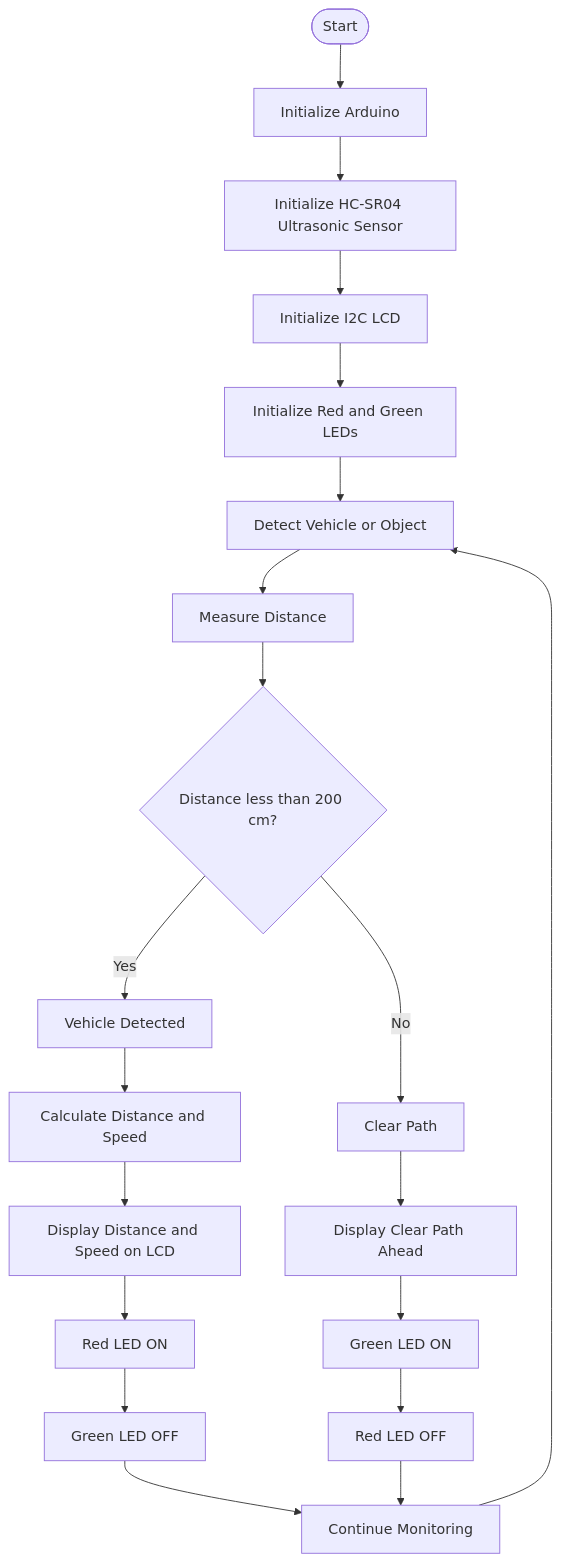
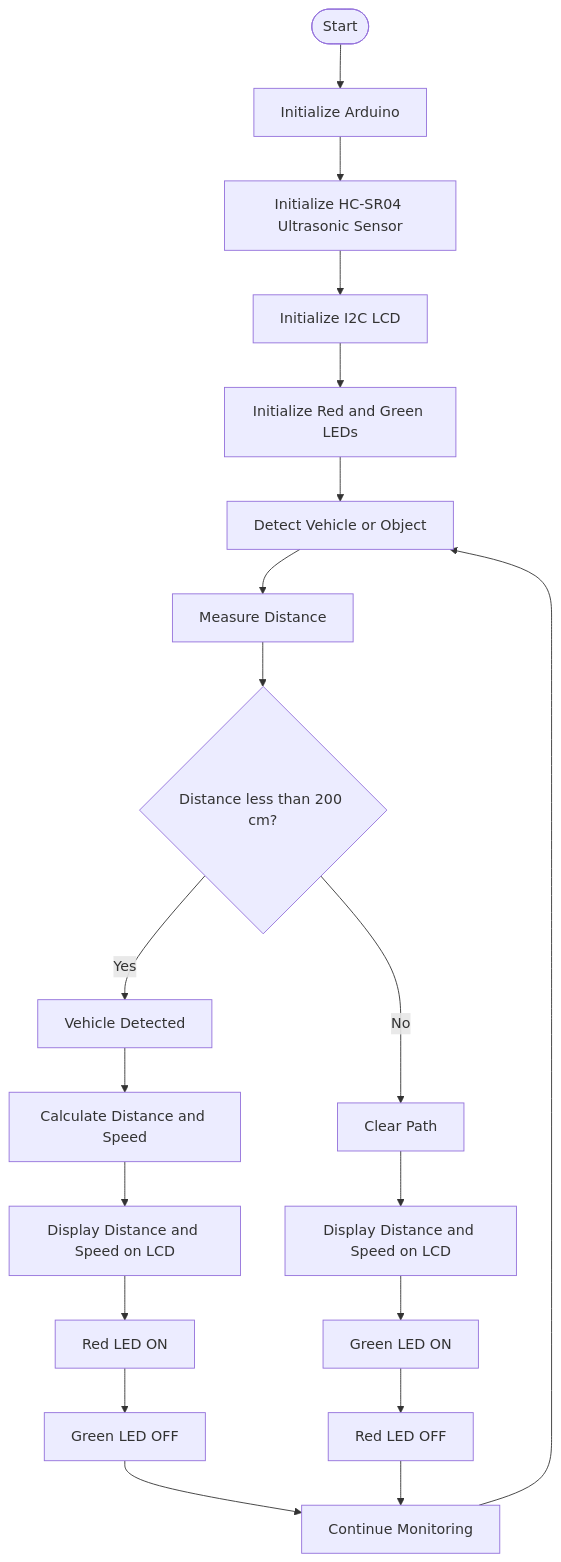
One commit to Vignesh-Manchana/Prevention-of-Accidents-Due-to-Blind-Spots changed the diagram in README.md. Above: the diagram before and after it, drawn with Mermaid.

Commit message:
Project Details

````diff
--- a/README.md
+++ b/README.md
@@ -129,27 +129,27 @@
 ```mermaid
 flowchart TD
     A([Start]) --> B[Initialize Arduino]
     B --> C[Initialize HC-SR04 Ultrasonic Sensor]
     C --> D[Initialize I2C LCD]
     D --> E[Initialize Red and Green LEDs]
     E --> F[Detect Vehicle or Object]
 
     F --> G[Measure Distance]
     G --> H{Distance less than 200 cm?}
 
     H -->|Yes| I[Vehicle Detected]
     I --> J[Calculate Distance and Speed]
     J --> K[Display Distance and Speed on LCD]
     K --> L[Red LED ON]
     L --> M[Green LED OFF]
 
     H -->|No| N[Clear Path]
-    N --> O[Display Clear Path Ahead]
+    N --> O[Display Distance and Speed on LCD]
     O --> P[Green LED ON]
     P --> Q[Red LED OFF]
 
     M --> R[Continue Monitoring]
     Q --> R
 
     R --> F
 ```
````
